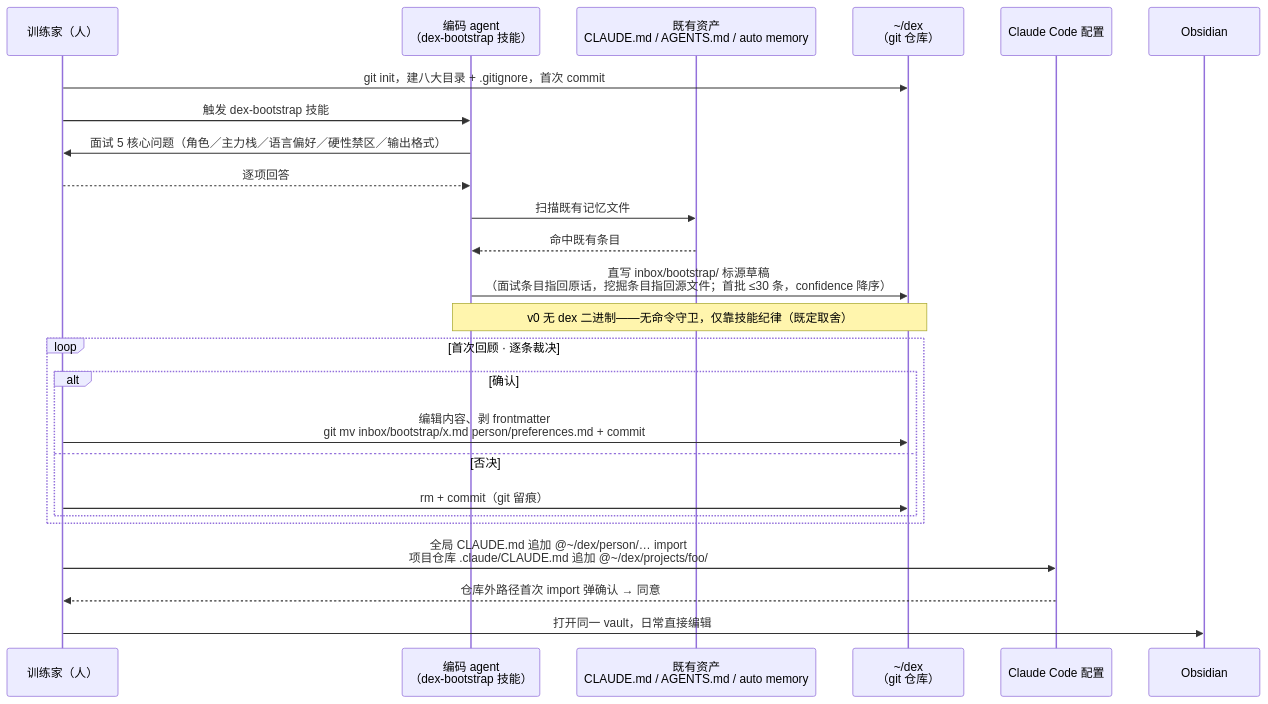
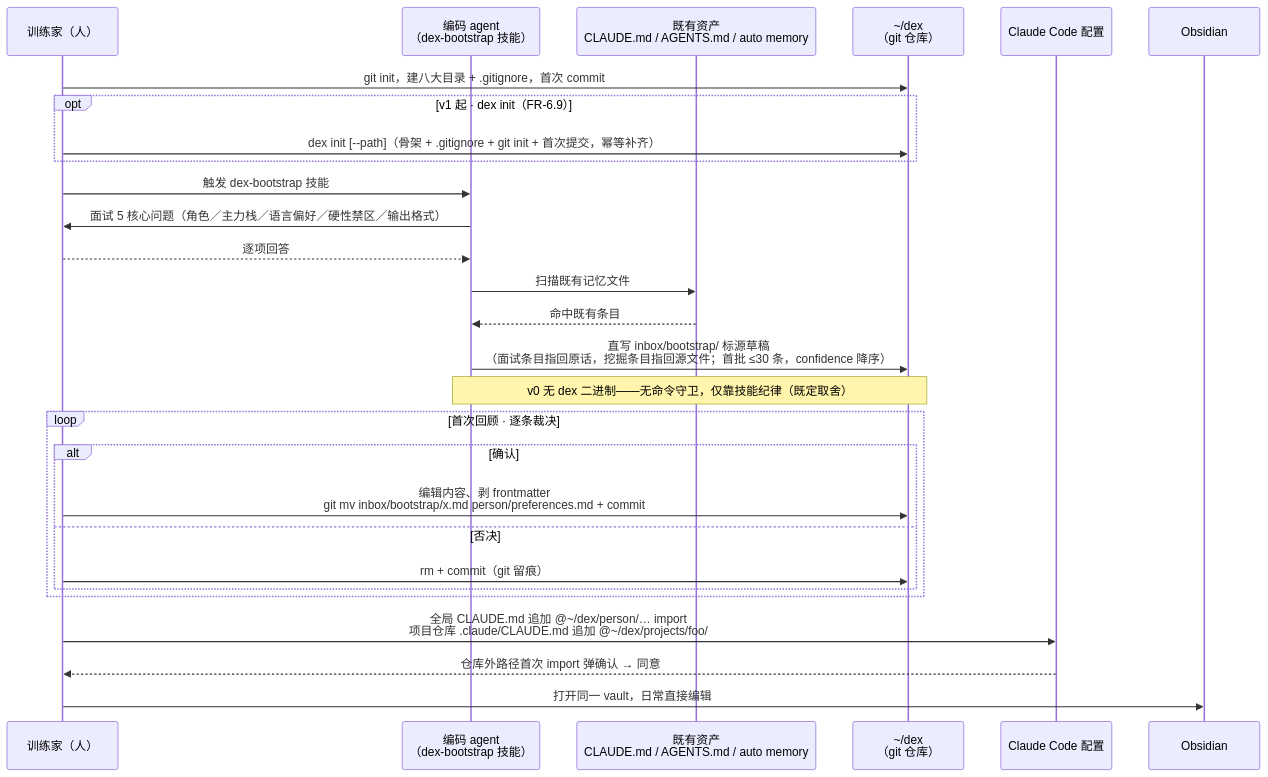
The second of 14 diagrams in docs/SCENARIO_WALKTHROUGH.md (Jo0OCTsai/pokemon-remember-you), drawn with Mermaid before and after one commit. The commit also changed other lines of this file and 2 other files, not shown here.

````diff
--- a/docs/SCENARIO_WALKTHROUGH.md
+++ b/docs/SCENARIO_WALKTHROUGH.md
@@ -70,28 +75,31 @@
 ```mermaid
 sequenceDiagram
     participant H as 训练家（人）
     participant AG as 编码 agent<br/>（dex-bootstrap 技能）
     participant LEG as 既有资产<br/>CLAUDE.md / AGENTS.md / auto memory
     participant DEX as ~/dex<br/>（git 仓库）
     participant CC as Claude Code 配置
     participant OB as Obsidian
 
     H->>DEX: git init，建八大目录 + .gitignore，首次 commit
+    opt v1 起 · dex init（FR-6.9）
+        H->>DEX: dex init [--path]（骨架 + .gitignore + git init + 首次提交，幂等补齐）
+    end
     H->>AG: 触发 dex-bootstrap 技能
     AG->>H: 面试 5 核心问题（角色／主力栈／语言偏好／硬性禁区／输出格式）
     H-->>AG: 逐项回答
     AG->>LEG: 扫描既有记忆文件
     LEG-->>AG: 命中既有条目
     AG->>DEX: 直写 inbox/bootstrap/ 标源草稿<br/>（面试条目指回原话，挖掘条目指回源文件；首批 ≤30 条，confidence 降序）
     Note over AG,DEX: v0 无 dex 二进制——无命令守卫，仅靠技能纪律（既定取舍）
     loop 首次回顾 · 逐条裁决
         alt 确认
             H->>DEX: 编辑内容、剥 frontmatter<br/>git mv inbox/bootstrap/x.md person/preferences.md + commit
         else 否决
             H->>DEX: rm + commit（git 留痕）
         end
     end
     H->>CC: 全局 CLAUDE.md 追加 @~/dex/person/… import<br/>项目仓库 .claude/CLAUDE.md 追加 @~/dex/projects/foo/
     CC-->>H: 仓库外路径首次 import 弹确认 → 同意
     H->>OB: 打开同一 vault，日常直接编辑
 ```
````
